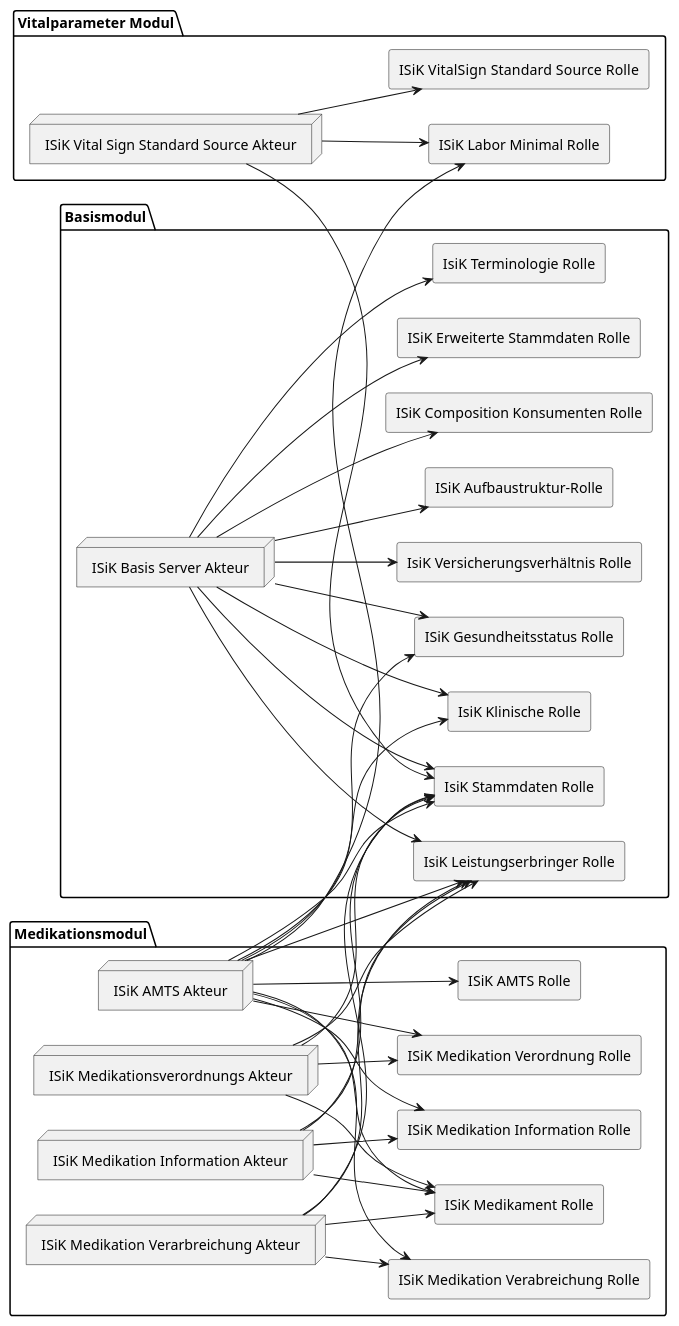
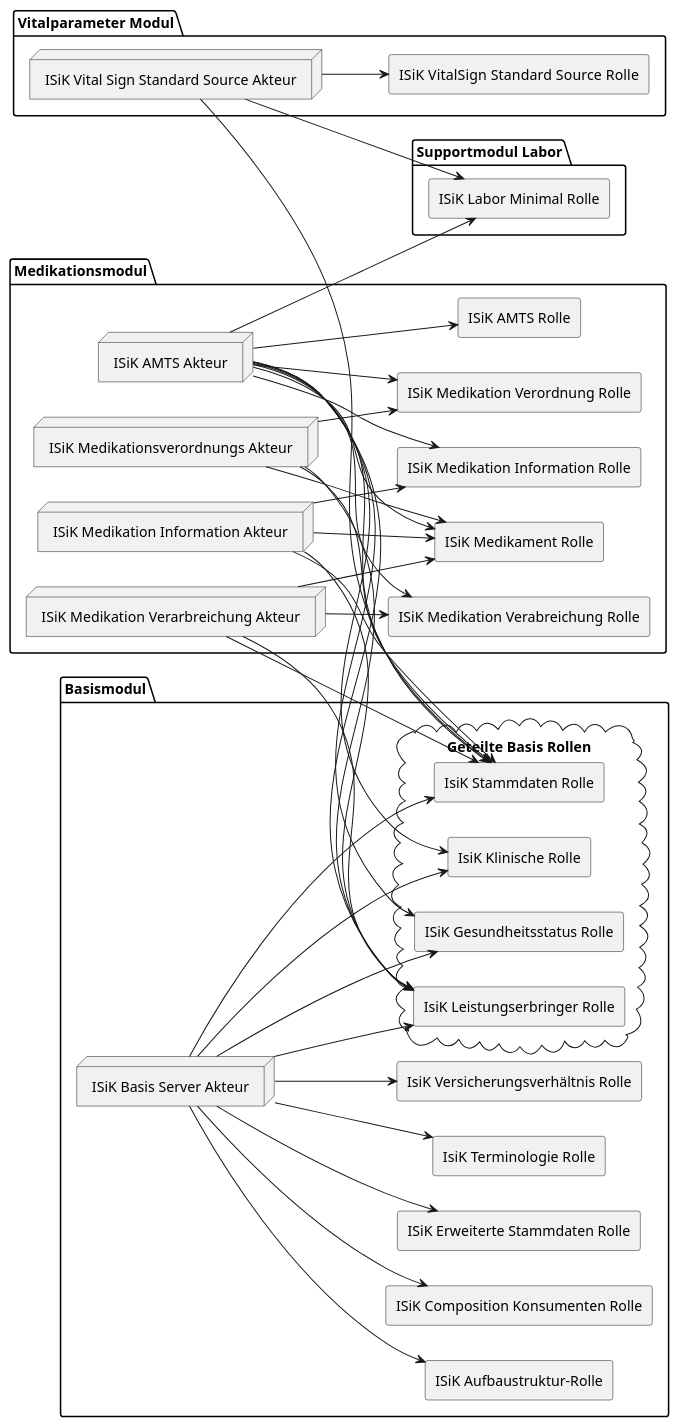
One commit to gematik/spec-ISiK-Basismodul changed the diagram in Material/Basis/images/src/plantuml/Akteure_und_Rollen_Ausschnitt_ISiK.puml. Above: the diagram before and after it, drawn with PlantUML.

Commit message:
modify diagram

```diff
--- a/Material/Basis/images/src/plantuml/Akteure_und_Rollen_Ausschnitt_ISiK.puml
+++ b/Material/Basis/images/src/plantuml/Akteure_und_Rollen_Ausschnitt_ISiK.puml
@@ -1,67 +1,78 @@
 @startuml
 skinparam componentStyle rectangle
 left to right direction
 
 package "Vitalparameter Modul" {
   node "ISiK Vital Sign Standard Source Akteur" as el_1
-  component "ISiK Labor Minimal Rolle" as el_2
+  
   component "ISiK VitalSign  Standard Source Rolle" as el_3
 }
+
+package "Supportmodul Labor" {
+  component "ISiK Labor Minimal Rolle" as el_2
+  }
+
 package "Basismodul" {
   node "ISiK Basis Server Akteur" as el_4
   component "ISiK Aufbaustruktur-Rolle" as el_5
   component "ISiK Composition Konsumenten Rolle" as el_6
   component "ISiK Erweiterte Stammdaten Rolle" as el_7
-  component "IsiK Klinische Rolle" as el_8
-  component "ISiK Gesundheitsstatus Rolle" as el_9
-  component "IsiK Leistungserbringer Rolle" as el_10
-  component "IsiK Stammdaten Rolle" as el_11
+
+
+
+  
   component "IsiK Terminologie Rolle" as el_12
   component "IsiK Versicherungsverhältnis Rolle" as el_13
+  cloud "Geteilte Basis Rollen" {
+    component "IsiK Klinische Rolle" as el_8
+    component "ISiK Gesundheitsstatus Rolle" as el_9
+    component "IsiK Stammdaten Rolle" as el_11
+    component "IsiK Leistungserbringer Rolle" as el_10
+  }
 }
 package "Medikationsmodul" {
   node "ISiK Medikationsverordnungs Akteur" as el_14
   node "ISiK Medikation Information Akteur" as el_15
   node "ISiK Medikation Verarbreichung Akteur" as el_16
   node "ISiK AMTS Akteur" as el_17
   component "ISiK Medikation Verordnung Rolle" as el_18
   component "ISiK Medikation Information Rolle" as el_19
   component "ISiK Medikation Verabreichung Rolle" as el_20
   component "ISiK AMTS Rolle" as el_21
   component "ISiK Medikament Rolle" as el_22
 }
 el_1 --> el_11
 el_17 --> el_2
 el_17 --> el_9
 el_1 --> el_2
 el_1 --> el_3
 el_4 --> el_5
 el_4 --> el_6
 el_4 --> el_7
 el_4 --> el_9
 el_4 --> el_8
 el_4 --> el_10
 el_4 --> el_11
 el_4 --> el_12
 el_4 --> el_13
 el_14 --> el_18
 el_14 --> el_11
 el_14 --> el_10
 el_14 --> el_22
 el_15 --> el_19
 el_15 --> el_11
 el_15 --> el_10
 el_15 --> el_22
 el_16 --> el_20
 el_16 --> el_11
 el_16 --> el_10
 el_16 --> el_22
 el_17 --> el_21
 el_17 --> el_10
 el_17 --> el_11
 el_17 --> el_8
 el_17 --> el_20
 el_17 --> el_19
 el_17 --> el_18
 el_17 --> el_22
 @enduml
```
